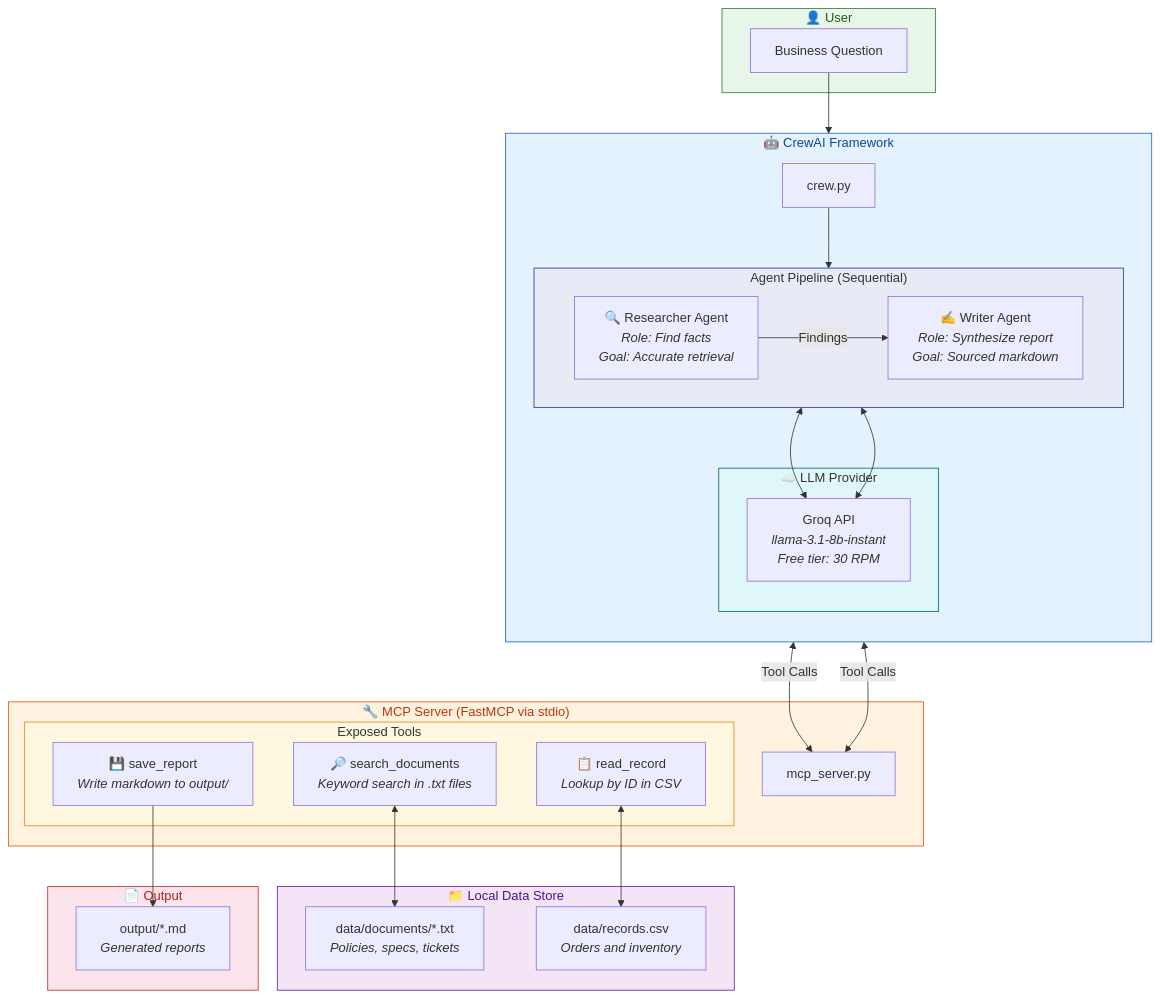
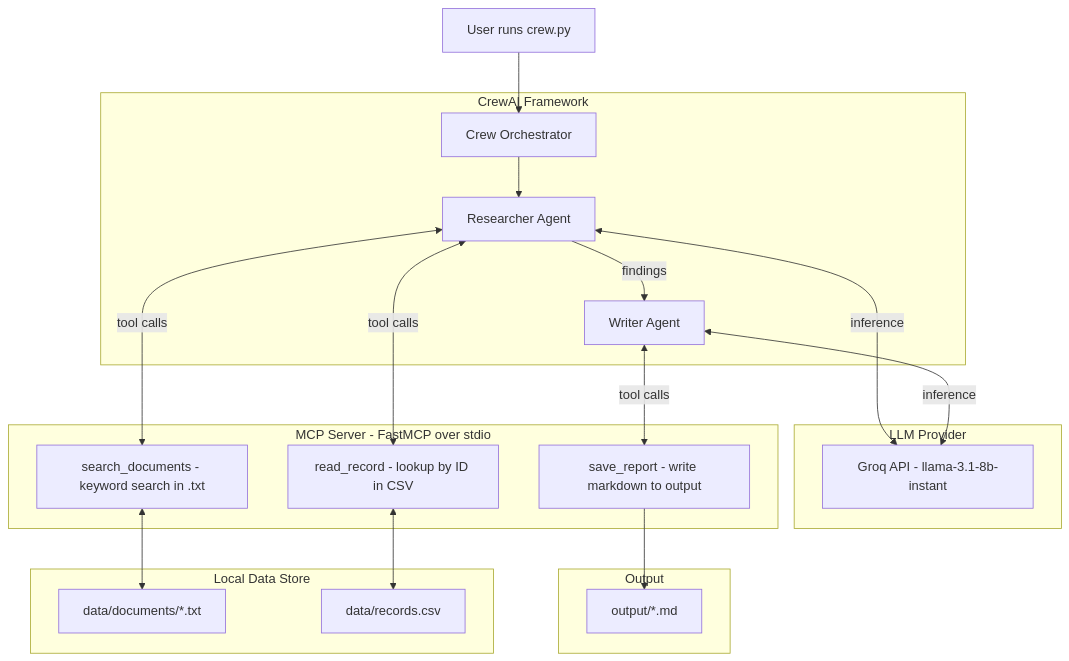
One commit to ayush300302/crew-ops-intelligence changed the first of 5 diagrams in HLD.md. Above: the diagram before and after it, drawn with Mermaid. The commit also changed other lines of this file and 1 other file, not shown here.

Commit message:
docs: add mermaid HLD diagrams to README.md

````diff
--- a/HLD.md
+++ b/HLD.md
@@ -7,60 +5,44 @@
 ```mermaid
 graph TB
-    subgraph User["👤 User"]
-        Q["Business Question"]
+    User["User runs crew.py"]
+
+    subgraph CrewAI_Framework["CrewAI Framework"]
+        Crew["Crew Orchestrator"]
+        Researcher["Researcher Agent"]
+        Writer["Writer Agent"]
     end
 
-    subgraph CrewAI["🤖 CrewAI Framework"]
-        direction TB
-        CR["crew.py"]
-        
-        subgraph Agents["Agent Pipeline (Sequential)"]
-            direction LR
-            R["🔍 Researcher Agent<br/><i>Role: Find facts</i><br/><i>Goal: Accurate retrieval</i>"]
-            W["✍️ Writer Agent<br/><i>Role: Synthesize report</i><br/><i>Goal: Sourced markdown</i>"]
-        end
-
-        subgraph LLM["☁️ LLM Provider"]
-            G["Groq API<br/><i>llama-3.1-8b-instant</i><br/><i>Free tier: 30 RPM</i>"]
-        end
+    subgraph LLM_Provider["LLM Provider"]
+        Groq["Groq API - llama-3.1-8b-instant"]
     end
 
-    subgraph MCP["🔧 MCP Server (FastMCP via stdio)"]
-        MS["mcp_server.py"]
-        
-        subgraph Tools["Exposed Tools"]
-            T1["🔎 search_documents<br/><i>Keyword search in .txt files</i>"]
-            T2["📋 read_record<br/><i>Lookup by ID in CSV</i>"]
-            T3["💾 save_report<br/><i>Write markdown to output/</i>"]
-        end
+    subgraph MCP_Server["MCP Server - FastMCP over stdio"]
+        Tool1["search_documents - keyword search in .txt"]
+        Tool2["read_record - lookup by ID in CSV"]
+        Tool3["save_report - write markdown to output"]
     end
 
-    subgraph Data["📁 Local Data Store"]
-        D1["data/documents/*.txt<br/><i>Policies, specs, tickets</i>"]
-        D2["data/records.csv<br/><i>Orders and inventory</i>"]
+    subgraph Data_Store["Local Data Store"]
+        Docs["data/documents/*.txt"]
+        CSV["data/records.csv"]
     end
 
-    subgraph Output["📄 Output"]
-        O1["output/*.md<br/><i>Generated reports</i>"]
+    subgraph Output_Store["Output"]
+        Report["output/*.md"]
     end
 
-    Q --> CR
-    CR --> R
-    R -->|"Findings"| W
-    R <-->|"Tool Calls"| MS
-    W <-->|"Tool Calls"| MS
-    R <--> G
-    W <--> G
-    T1 <--> D1
-    T2 <--> D2
-    T3 --> O1
+    User --> Crew
+    Crew --> Researcher
+    Researcher -->|findings| Writer
 
-    style User fill:#e8f5e9,stroke:#2e7d32,color:#1b5e20
-    style CrewAI fill:#e3f2fd,stroke:#1565c0,color:#0d47a1
-    style MCP fill:#fff3e0,stroke:#e65100,color:#bf360c
-    style Data fill:#f3e5f5,stroke:#6a1b9a,color:#4a148c
-    style Output fill:#fce4ec,stroke:#c62828,color:#b71c1c
-    style Agents fill:#e8eaf6,stroke:#283593
-    style Tools fill:#fff8e1,stroke:#f57f17
-    style LLM fill:#e0f7fa,stroke:#00695c
+    Researcher <-->|tool calls| Tool1
+    Researcher <-->|tool calls| Tool2
+    Writer <-->|tool calls| Tool3
+
+    Researcher <-->|inference| Groq
+    Writer <-->|inference| Groq
+
+    Tool1 <--> Docs
+    Tool2 <--> CSV
+    Tool3 --> Report
 ```
````
